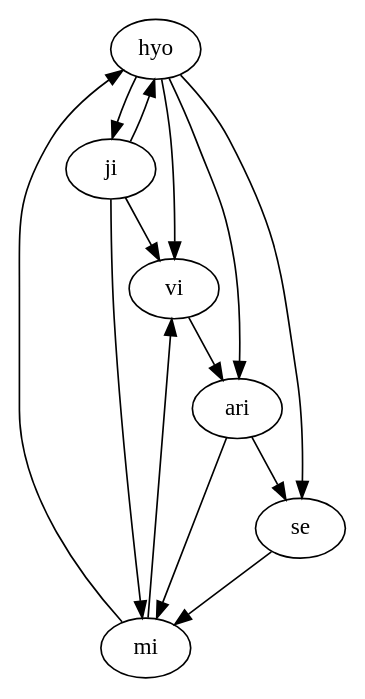
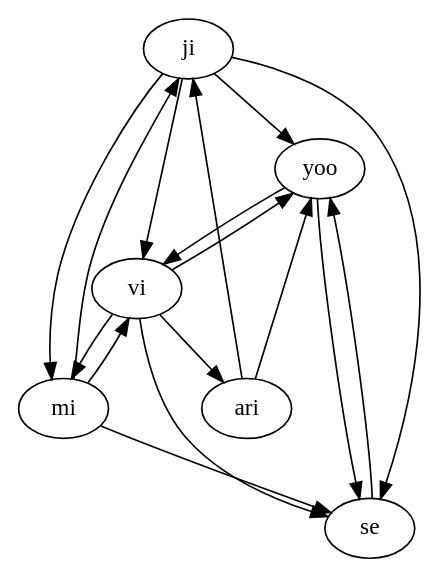
One commit to hannimpeha/WS changed the diagram in src/main/java/resource/awesome.dot. Above: the diagram before and after it, drawn with Graphviz. The commit also changed 6 other files, not shown here.

```diff
--- a/src/main/java/resource/awesome.dot
+++ b/src/main/java/resource/awesome.dot
@@ -1,15 +1,18 @@
 digraph {
-hyo->ji;
-ji->hyo;
-mi->hyo;
-hyo->vi;
-hyo->se;
-hyo->ari;
+ji->yoo;
 ji->mi;
+mi->ji;
 ji->vi;
+ji->se;
+ari->ji;
+yoo->vi;
+vi->yoo;
+yoo->se;
+se->yoo;
+ari->yoo;
 mi->vi;
-se->mi;
-ari->mi;
+vi->mi;
+mi->se;
+vi->se;
 vi->ari;
-ari->se;
 }
```
